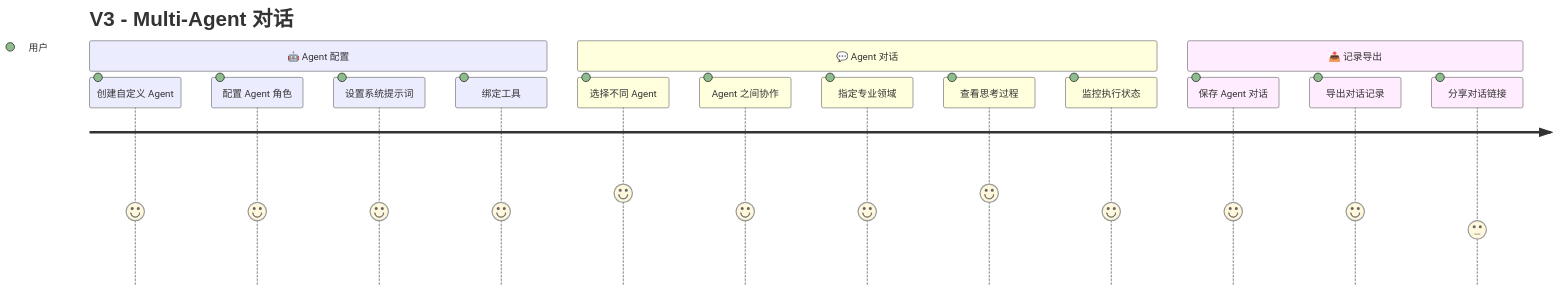
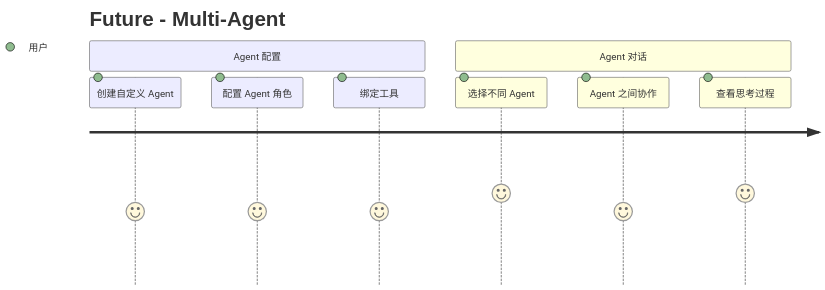
Diagram 13 of 14 in docs/User-Story-Map.md (felixzhu97/explore-ai), drawn with Mermaid before and after one commit. The commit also changed other lines of this file and 13 other files, not shown here.

````diff
--- a/docs/User-Story-Map.md
+++ b/docs/User-Story-Map.md
@@ -166,19 +357,12 @@
 ```mermaid
 journey
-    title V3 - Multi-Agent 对话
-    section 🤖 Agent 配置
+    title Future - Multi-Agent
+    section Agent 配置
         创建自定义 Agent: 4: 用户
         配置 Agent 角色: 4: 用户
-        设置系统提示词: 4: 用户
         绑定工具: 4: 用户
-    section 💬 Agent 对话
+    section Agent 对话
         选择不同 Agent: 5: 用户
         Agent 之间协作: 4: 用户
-        指定专业领域: 4: 用户
         查看思考过程: 5: 用户
-        监控执行状态: 4: 用户
-    section 📤 记录导出
-        保存 Agent 对话: 4: 用户
-        导出对话记录: 4: 用户
-        分享对话链接: 3: 用户
 ```
````
